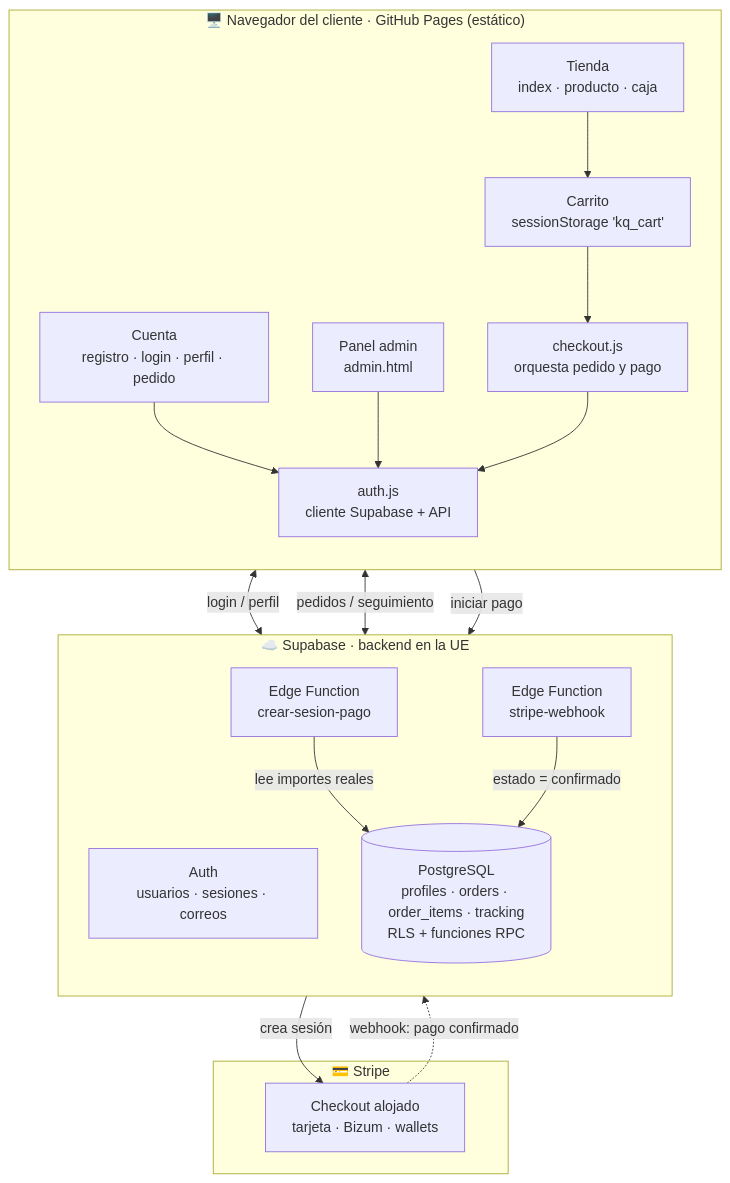
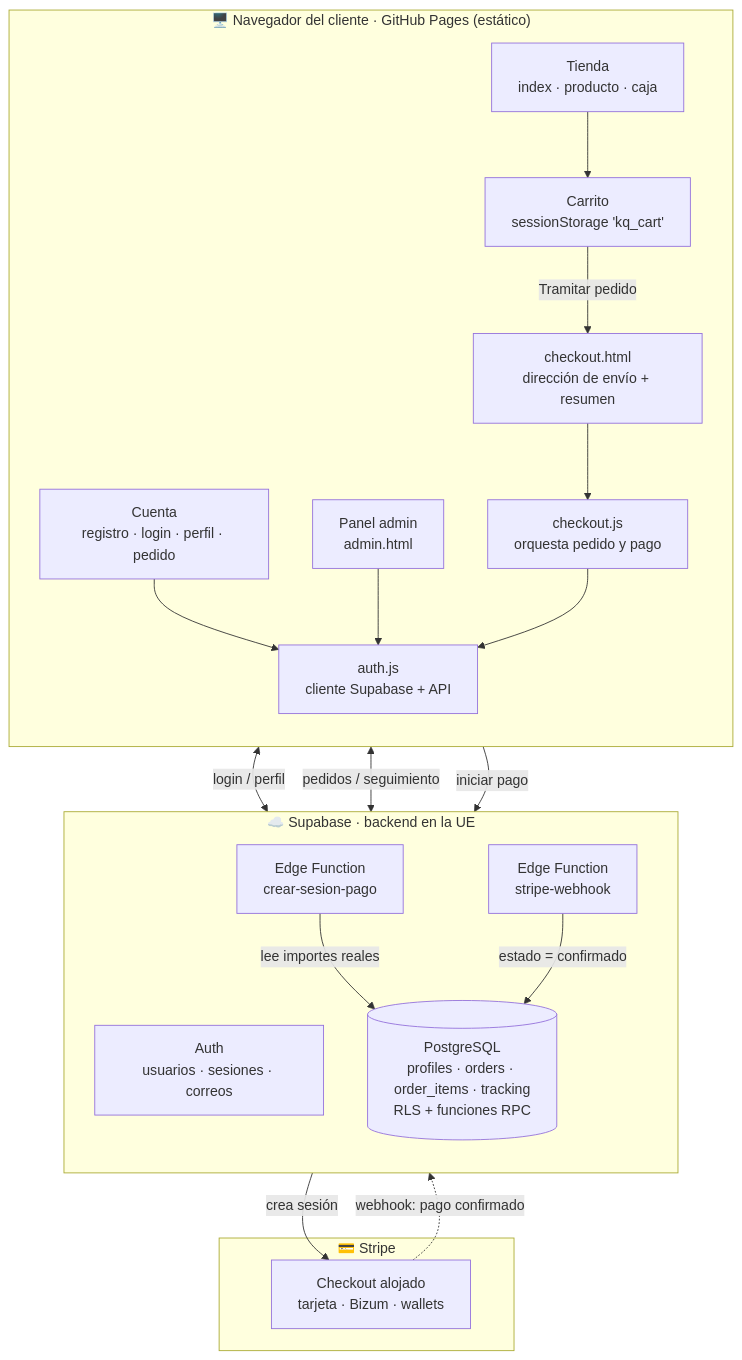
One commit to AFranco13/chuchebarata.github.io changed the first of 5 diagrams in docs/ARQUITECTURA.md. Above: the diagram before and after it, drawn with Mermaid. The commit also changed other lines of this file and 9 other files, not shown here.

````diff
--- a/docs/ARQUITECTURA.md
+++ b/docs/ARQUITECTURA.md
@@ -10,37 +10,39 @@
 ```mermaid
 flowchart TB
   subgraph NAV["🖥️ Navegador del cliente · GitHub Pages (estático)"]
     direction TB
     Tienda["Tienda<br/>index · producto · caja"]
     Cuenta["Cuenta<br/>registro · login · perfil · pedido"]
     Admin["Panel admin<br/>admin.html"]
     Carrito["Carrito<br/>sessionStorage 'kq_cart'"]
     AuthJS["auth.js<br/>cliente Supabase + API"]
+    CheckoutPage["checkout.html<br/>dirección de envío + resumen"]
     CheckoutJS["checkout.js<br/>orquesta pedido y pago"]
   end
 
   subgraph SUPA["☁️ Supabase · backend en la UE"]
     direction TB
     AuthSB["Auth<br/>usuarios · sesiones · correos"]
     DB[("PostgreSQL<br/>profiles · orders · order_items · tracking<br/>RLS + funciones RPC")]
     EF1["Edge Function<br/>crear-sesion-pago"]
     EF2["Edge Function<br/>stripe-webhook"]
   end
 
   subgraph STRIPE["💳 Stripe"]
     Checkout["Checkout alojado<br/>tarjeta · Bizum · wallets"]
   end
 
   Tienda --> Carrito
   Cuenta --> AuthJS
   Admin --> AuthJS
-  Carrito --> CheckoutJS
+  Carrito -->|"Tramitar pedido"| CheckoutPage
+  CheckoutPage --> CheckoutJS
   CheckoutJS --> AuthJS
   AuthJS <-->|"login / perfil"| AuthSB
   AuthJS <-->|"pedidos / seguimiento"| DB
   CheckoutJS -->|"iniciar pago"| EF1
   EF1 -->|"lee importes reales"| DB
   EF1 -->|"crea sesión"| Checkout
   Checkout -. "webhook: pago confirmado" .-> EF2
   EF2 -->|"estado = confirmado"| DB
 ```
````
